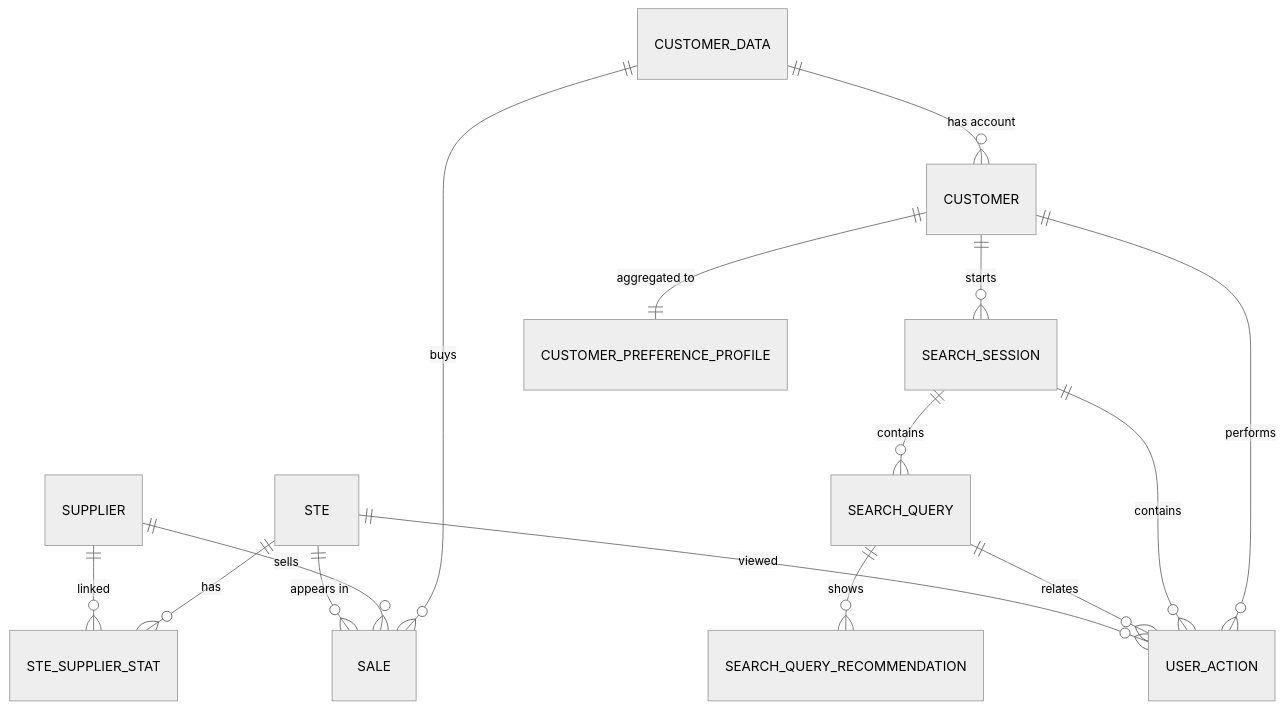
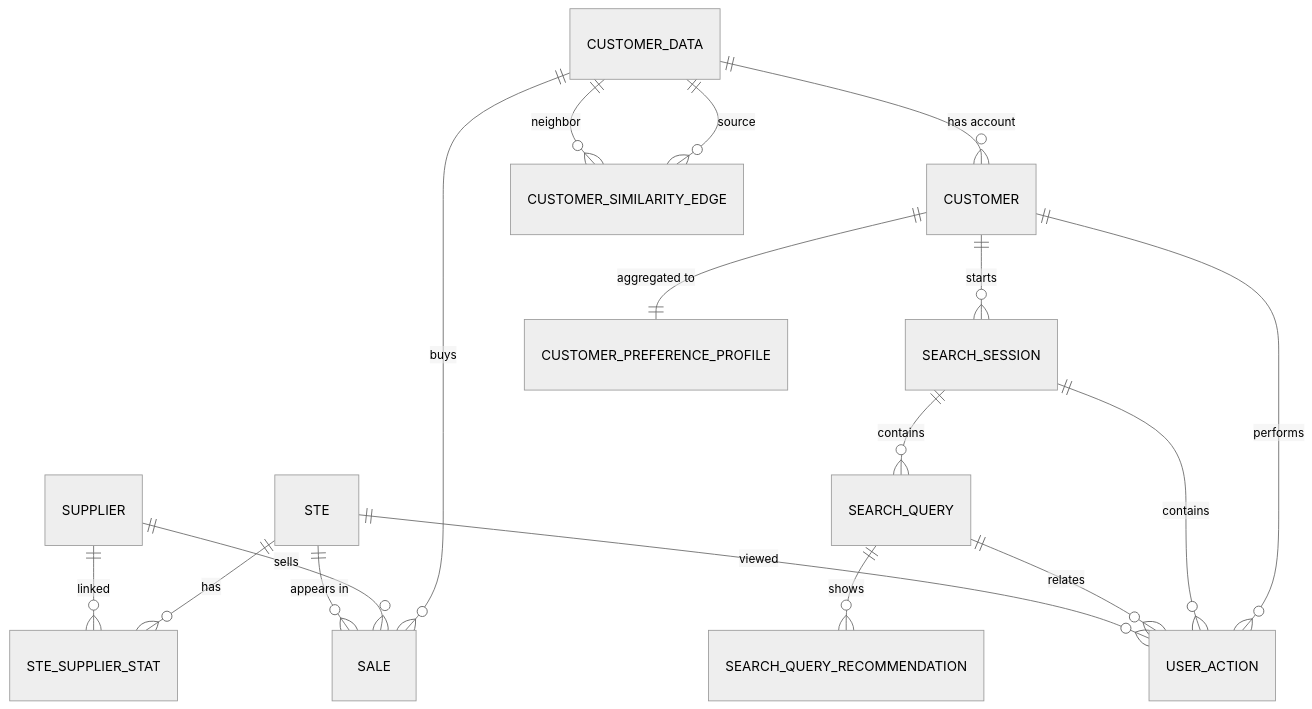
Before and after one commit to R1ikKky/intelligent-ai-search: the second of 6 diagrams in project-spec.md, drawn with Mermaid (neutral theme). The commit also changed other lines of this file and 3 other files, not shown here.

````diff
--- a/project-spec.md
+++ b/project-spec.md
@@ -450,17 +478,19 @@
 ```mermaid
 erDiagram
     CUSTOMER_DATA ||--o{ CUSTOMER : "has account"
     CUSTOMER_DATA ||--o{ SALE : "buys"
+    CUSTOMER_DATA ||--o{ CUSTOMER_SIMILARITY_EDGE : "source"
+    CUSTOMER_DATA ||--o{ CUSTOMER_SIMILARITY_EDGE : "neighbor"
     SUPPLIER ||--o{ SALE : "sells"
     STE ||--o{ SALE : "appears in"
     STE ||--o{ STE_SUPPLIER_STAT : "has"
     SUPPLIER ||--o{ STE_SUPPLIER_STAT : "linked"
     CUSTOMER ||--o{ SEARCH_SESSION : "starts"
     SEARCH_SESSION ||--o{ SEARCH_QUERY : "contains"
     SEARCH_QUERY ||--o{ SEARCH_QUERY_RECOMMENDATION : "shows"
     CUSTOMER ||--o{ USER_ACTION : "performs"
     SEARCH_SESSION ||--o{ USER_ACTION : "contains"
     SEARCH_QUERY ||--o{ USER_ACTION : "relates"
     STE ||--o{ USER_ACTION : "viewed"
     CUSTOMER ||--|| CUSTOMER_PREFERENCE_PROFILE : "aggregated to"
 ```
````
